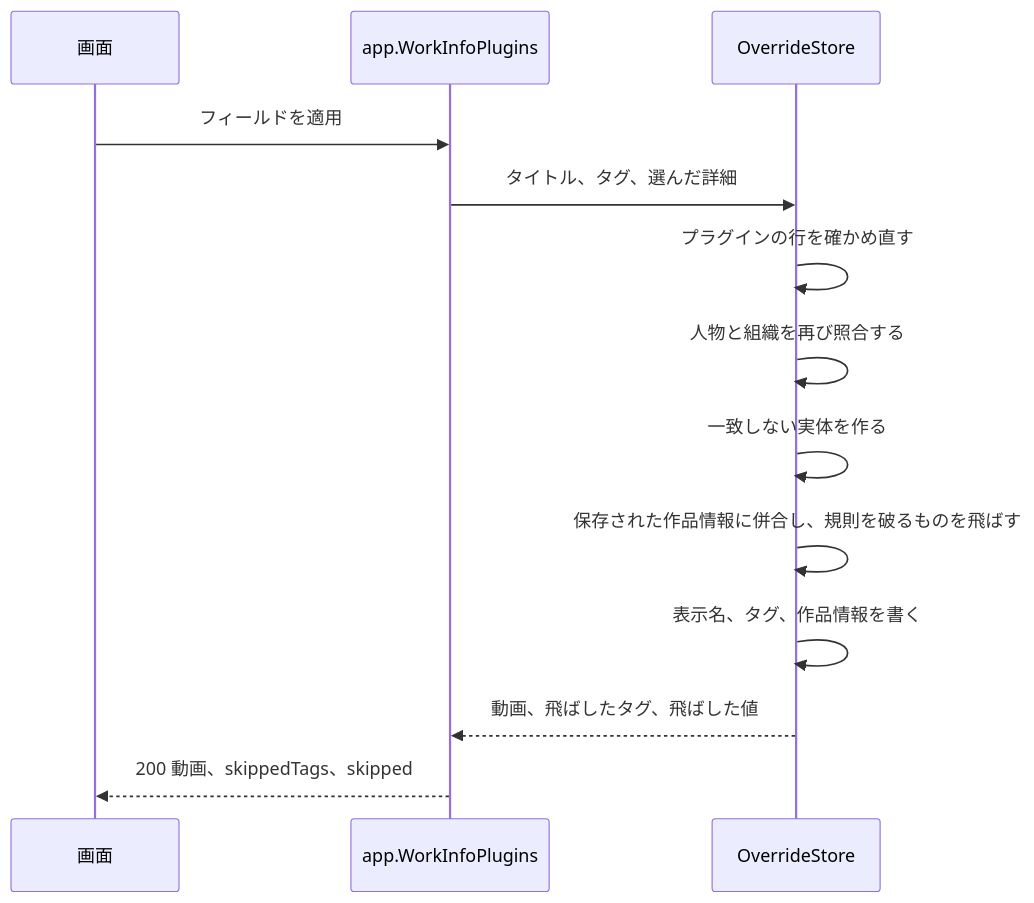
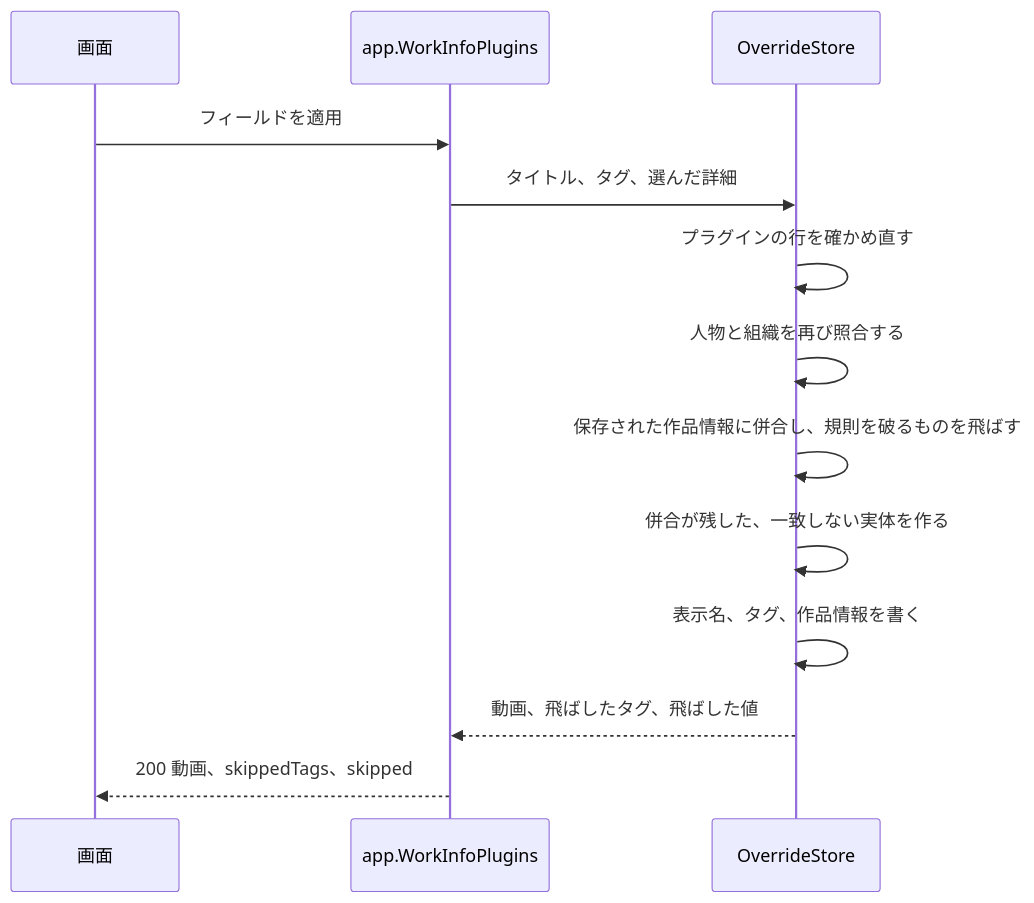
One commit to syudead/vv changed the diagram in translations/ja/specs/052-plugin-work-info-fields/contracts/screen-api.md. Above: the diagram before and after it, drawn with Mermaid. The commit also changed other lines of this file and 3 other files, not shown here.

````diff
--- a/translations/ja/specs/052-plugin-work-info-fields/contracts/screen-api.md
+++ b/translations/ja/specs/052-plugin-work-info-fields/contracts/screen-api.md
@@ -60,15 +60,15 @@
 ```mermaid
 sequenceDiagram
   participant S as 画面
   participant A as app.WorkInfoPlugins
   participant O as OverrideStore
   S->>A: フィールドを適用
   A->>O: タイトル、タグ、選んだ詳細
   O->>O: プラグインの行を確かめ直す
   O->>O: 人物と組織を再び照合する
-  O->>O: 一致しない実体を作る
   O->>O: 保存された作品情報に併合し、規則を破るものを飛ばす
+  O->>O: 併合が残した、一致しない実体を作る
   O->>O: 表示名、タグ、作品情報を書く
   O-->>A: 動画、飛ばしたタグ、飛ばした値
   A-->>S: 200 動画、skippedTags、skipped
 ```
````
